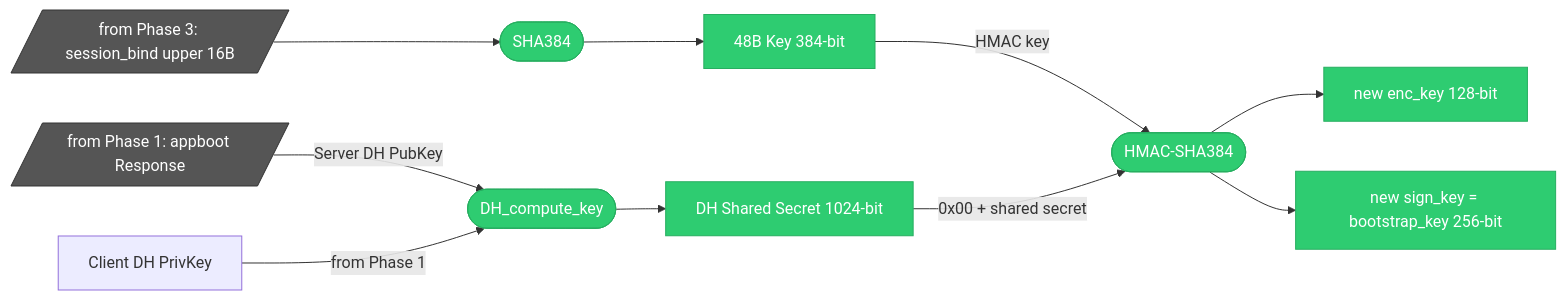
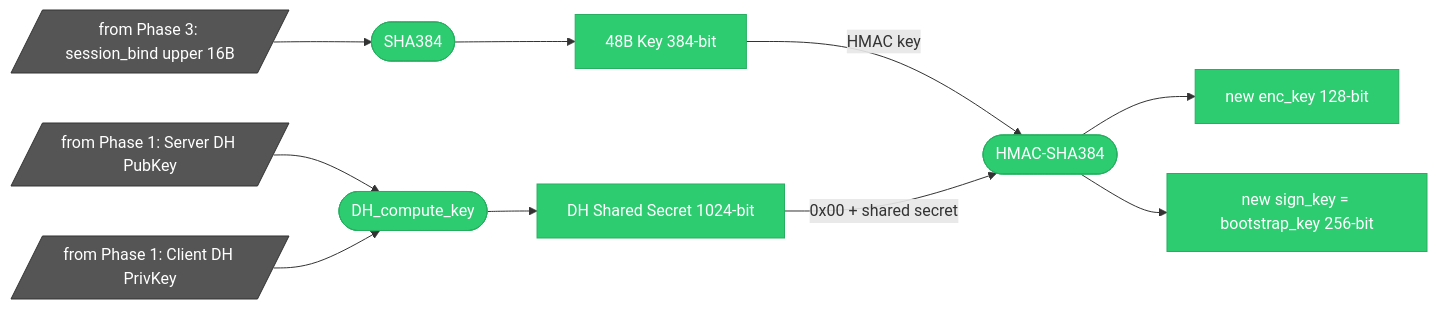
Before and after one commit to qtmleap/revkit: the third of 9 diagrams in docs/spec/msl_key_relationship.md, drawn with Mermaid. The commit also changed other lines of this file, not shown here.

Commit message:
docs(spec): Phase 1 に DH PrivKey 出力を追加、Phase 2 の参照を統一
- Phase 1: DH_generate_key から PrivKey 出力 + to Phase 2 参照を追加
- Phase 2: Client DH PrivKey を from Phase 1 参照ノードに変更

````diff
--- a/docs/spec/msl_key_relationship.md
+++ b/docs/spec/msl_key_relationship.md
@@ -68,22 +72,23 @@
 ```mermaid
 graph LR
-    FROM_P1[/"from Phase 1: appboot Response"/] -->|Server DH PubKey| OP_DH(["DH_compute_key"])
-    DH_PRIV["Client DH PrivKey"] -->|from Phase 1| OP_DH
+    FROM_P1a[/"from Phase 1: Server DH PubKey"/] --> OP_DH(["DH_compute_key"])
+    FROM_P1b[/"from Phase 1: Client DH PrivKey"/] --> OP_DH
     OP_DH --> DH_SHARED["DH Shared Secret 1024-bit"]
     FROM_P3[/"from Phase 3: session_bind upper 16B"/] --> OP_SHA2(["SHA384"])
     OP_SHA2 --> KEY48["48B Key 384-bit"]
     KEY48 -->|HMAC key| OP_HMAC(["HMAC-SHA384"])
     DH_SHARED -->|0x00 + shared secret| OP_HMAC
     OP_HMAC --> NEW_ENC["new enc_key 128-bit"]
     OP_HMAC --> NEW_SIGN["new sign_key = bootstrap_key 256-bit"]
 
-    style FROM_P1 fill:#555,stroke:#333,color:#fff
+    style FROM_P1a fill:#555,stroke:#333,color:#fff
+    style FROM_P1b fill:#555,stroke:#333,color:#fff
     style FROM_P3 fill:#555,stroke:#333,color:#fff
     style OP_DH fill:#2ecc71,stroke:#27ae60,color:#fff
     style DH_SHARED fill:#2ecc71,stroke:#27ae60,color:#fff
     style OP_SHA2 fill:#2ecc71,stroke:#27ae60,color:#fff
     style KEY48 fill:#2ecc71,stroke:#27ae60,color:#fff
     style OP_HMAC fill:#2ecc71,stroke:#27ae60,color:#fff
     style NEW_ENC fill:#2ecc71,stroke:#27ae60,color:#fff
     style NEW_SIGN fill:#2ecc71,stroke:#27ae60,color:#fff
 ```
````
